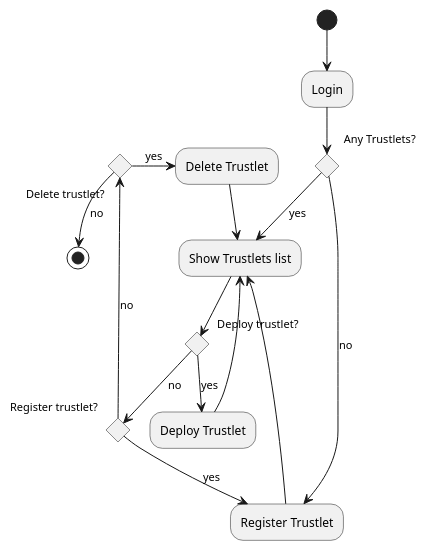
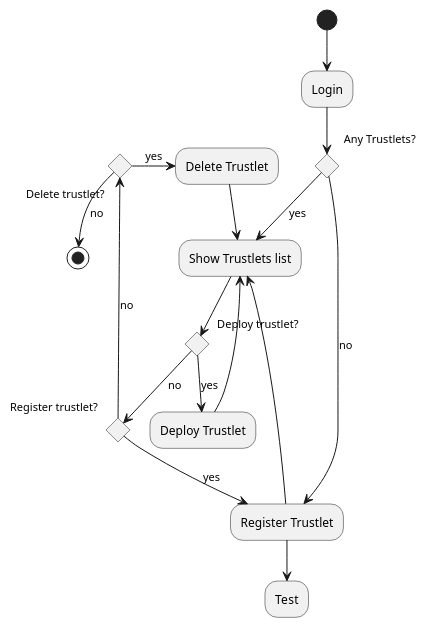
One commit to xemuliam/misc changed the diagram in Example1.pu. Above: the diagram before and after it, drawn with PlantUML.

```diff
--- a/Example1.pu
+++ b/Example1.pu
@@ -1,28 +1,29 @@
 @startuml
 
 (*) --> "Login"
 
 if "Any Trustlets?" then
   -->[yes] "Show Trustlets list"
   if "Deploy trustlet?" then
     -->[yes] "Deploy Trustlet"
   else
     -->[no] if "Register trustlet?" then
       -->[yes] "Register Trustlet"
     else
       -->[no] if "Delete trustlet?" then
         ->[yes] "Delete Trustlet"
       else
         -->[no] (*)
       endif
     endif
   endif
 else
   ->[no] "Register Trustlet"
+  --> "Test"
 endif
 
 "Register Trustlet" --> "Show Trustlets list"
 "Deploy Trustlet" --> "Show Trustlets list"
 "Delete Trustlet" --> "Show Trustlets list"
 
 @enduml
```
